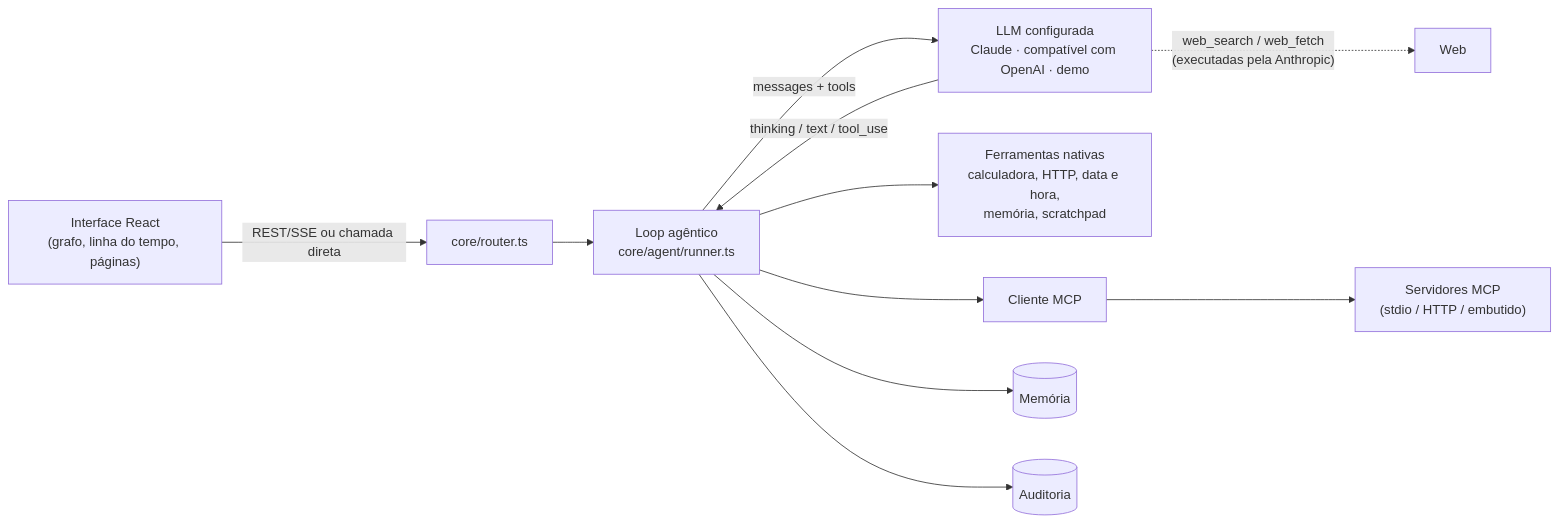
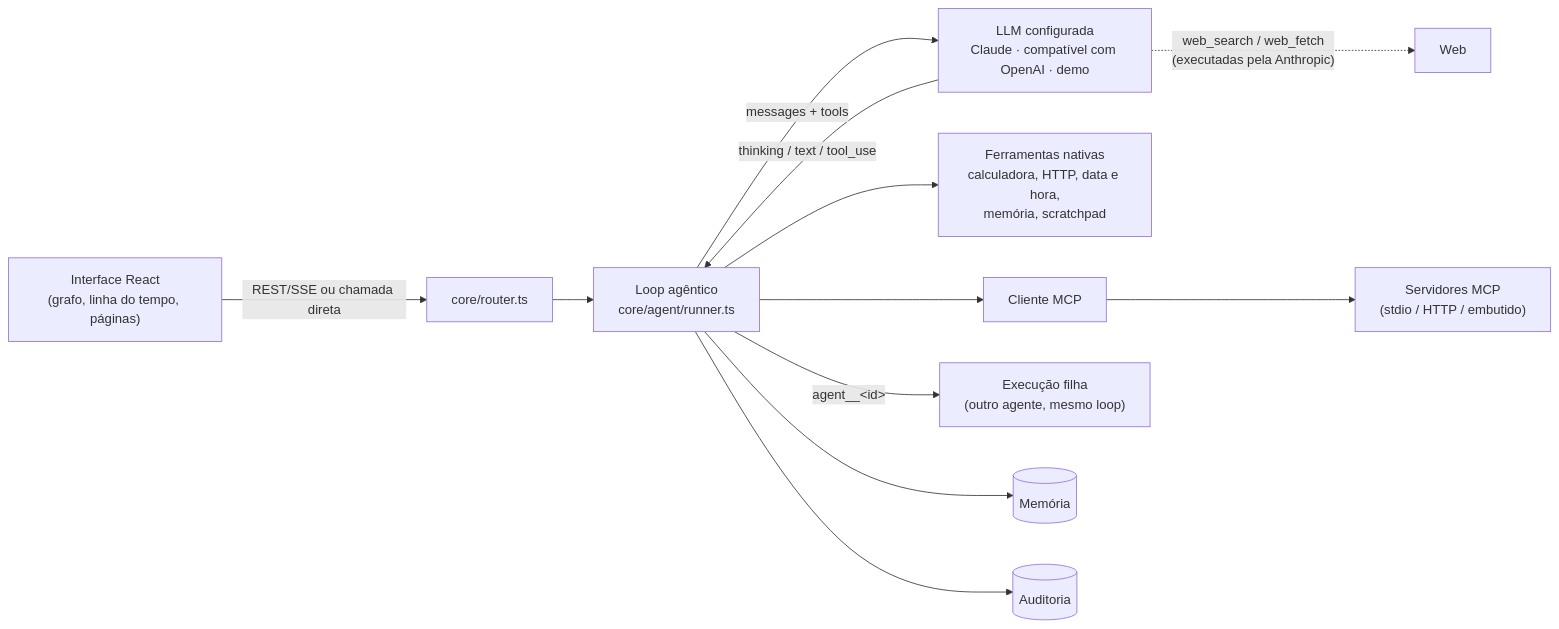
One commit to LeonardoLetr/poc_agents_plataform changed the diagram in README.md. Above: the diagram before and after it, drawn with Mermaid. The commit also changed other lines of this file and 1 other file, not shown here.

Commit message:
docs: document multi-agent delegation and close AL-05

````diff
--- a/README.md
+++ b/README.md
@@ -78,12 +80,13 @@
 ```mermaid
 flowchart LR
   UI["Interface React<br/>(grafo, linha do tempo, páginas)"] -- "REST/SSE ou chamada direta" --> Router["core/router.ts"]
   Router --> Loop["Loop agêntico<br/>core/agent/runner.ts"]
   Loop -- "messages + tools" --> LLM["LLM configurada<br/>Claude · compatível com OpenAI · demo"]
   LLM -- "thinking / text / tool_use" --> Loop
   LLM -. "web_search / web_fetch<br/>(executadas pela Anthropic)" .-> Web["Web"]
   Loop --> Nativas["Ferramentas nativas<br/>calculadora, HTTP, data e hora,<br/>memória, scratchpad"]
   Loop --> MCP["Cliente MCP"] --> Servers["Servidores MCP<br/>(stdio / HTTP / embutido)"]
+  Loop -- "agent__&lt;id&gt;" --> Filha["Execução filha<br/>(outro agente, mesmo loop)"]
   Loop --> Mem[("Memória")]
   Loop --> Audit[("Auditoria")]
 ```
````
